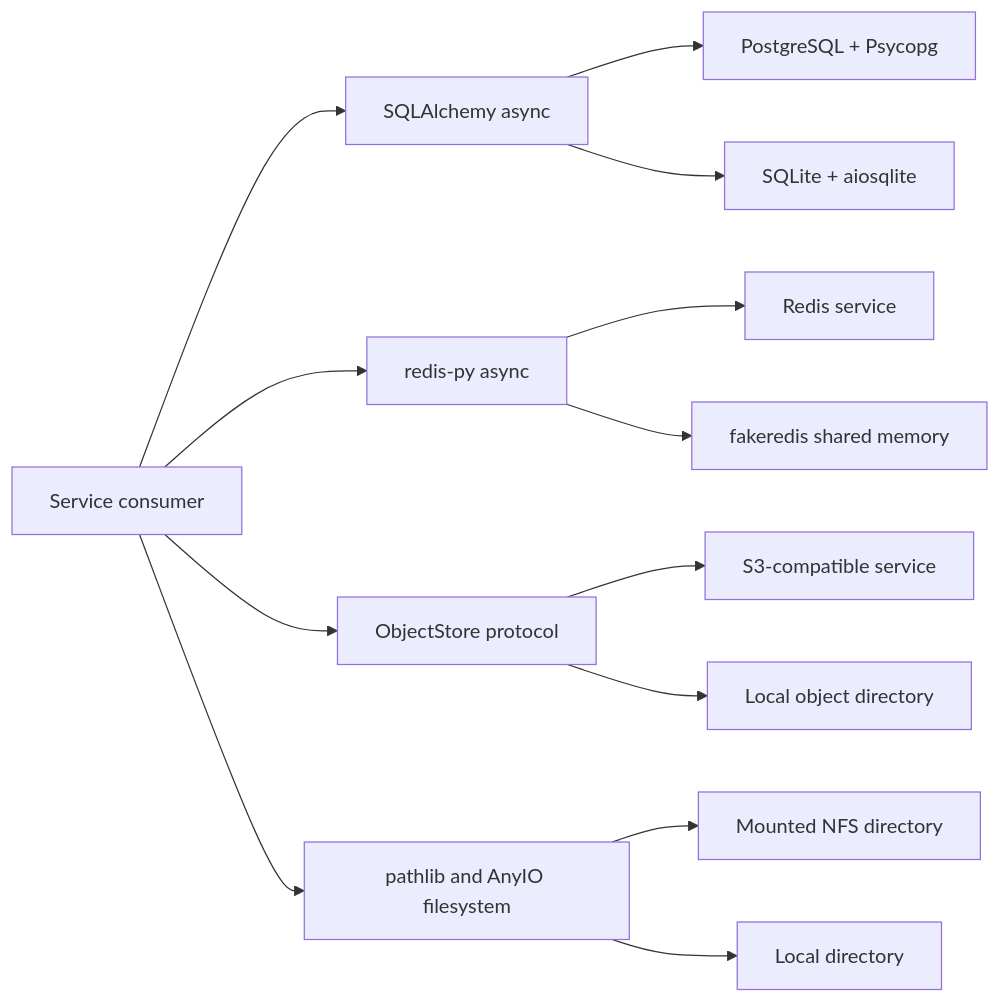
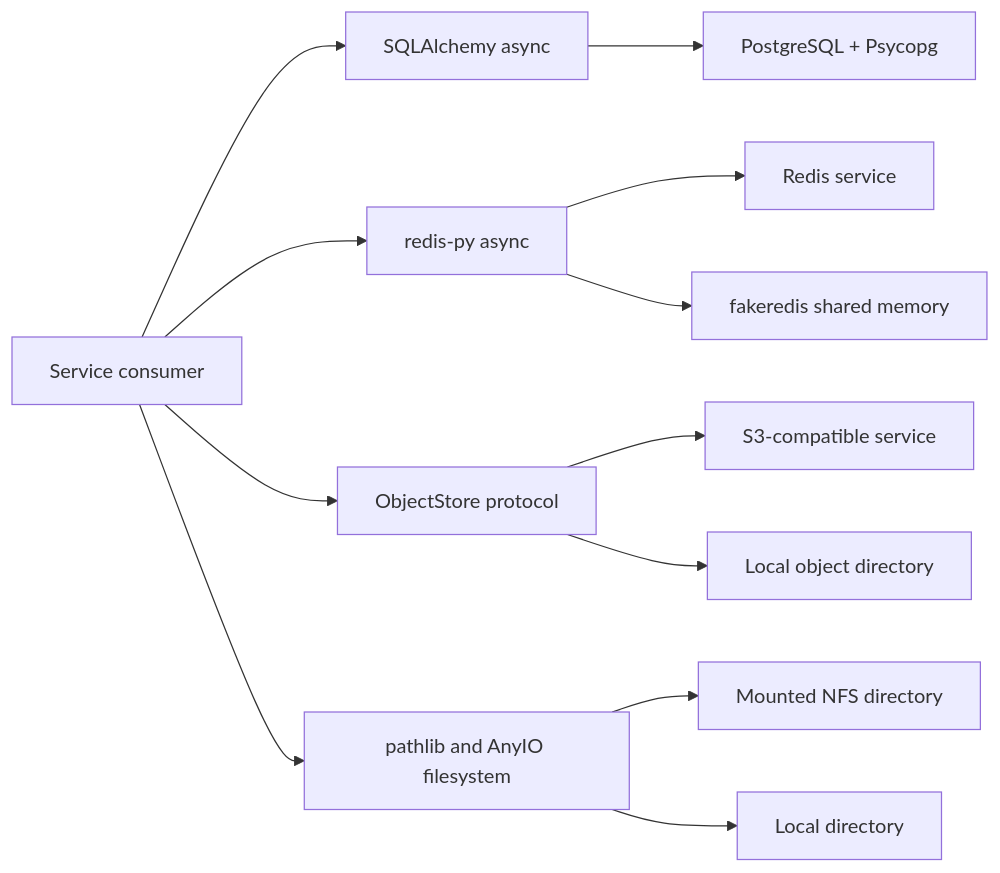
One commit to LTThreeComma/agent-foundation changed the diagram in spec/a13n-service/03-storage.md. Above: the diagram before and after it, drawn with Mermaid. The commit also changed other lines of this file and 167 other files, not shown here.

First line of the commit message:
refactor(service)!: drop SQLite and make PostgreSQL the only relational backend (#472)

````diff
--- a/spec/a13n-service/03-storage.md
+++ b/spec/a13n-service/03-storage.md
@@ -26,16 +26,15 @@
 ```mermaid
 flowchart LR
     Consumer["Service consumer"] --> SQL["SQLAlchemy async"]
     Consumer --> RedisAPI["redis-py async"]
     Consumer --> Objects["ObjectStore protocol"]
     Consumer --> Files["pathlib and AnyIO filesystem"]
 
     SQL --> PostgreSQL["PostgreSQL + Psycopg"]
-    SQL --> SQLite["SQLite + aiosqlite"]
     RedisAPI --> Redis["Redis service"]
     RedisAPI --> Memory["fakeredis shared memory"]
     Objects --> S3["S3-compatible service"]
     Objects --> LocalObjects["Local object directory"]
     Files --> NFS["Mounted NFS directory"]
     Files --> LocalFiles["Local directory"]
 ```
````
